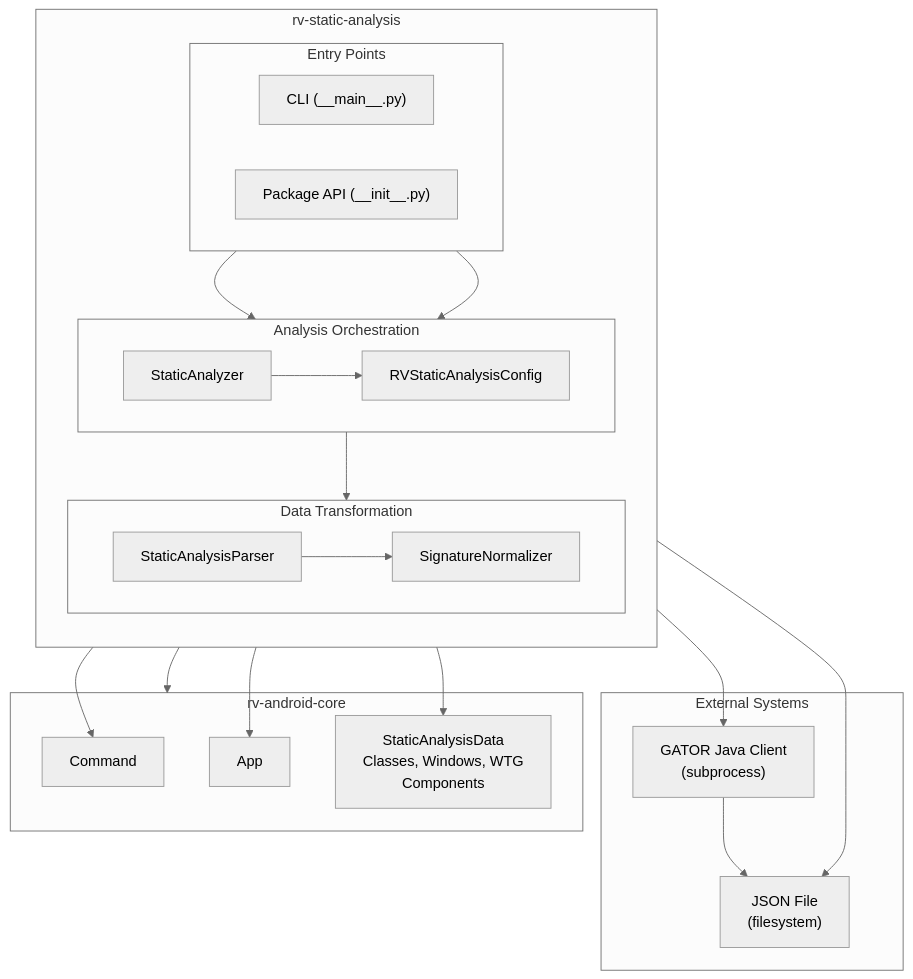
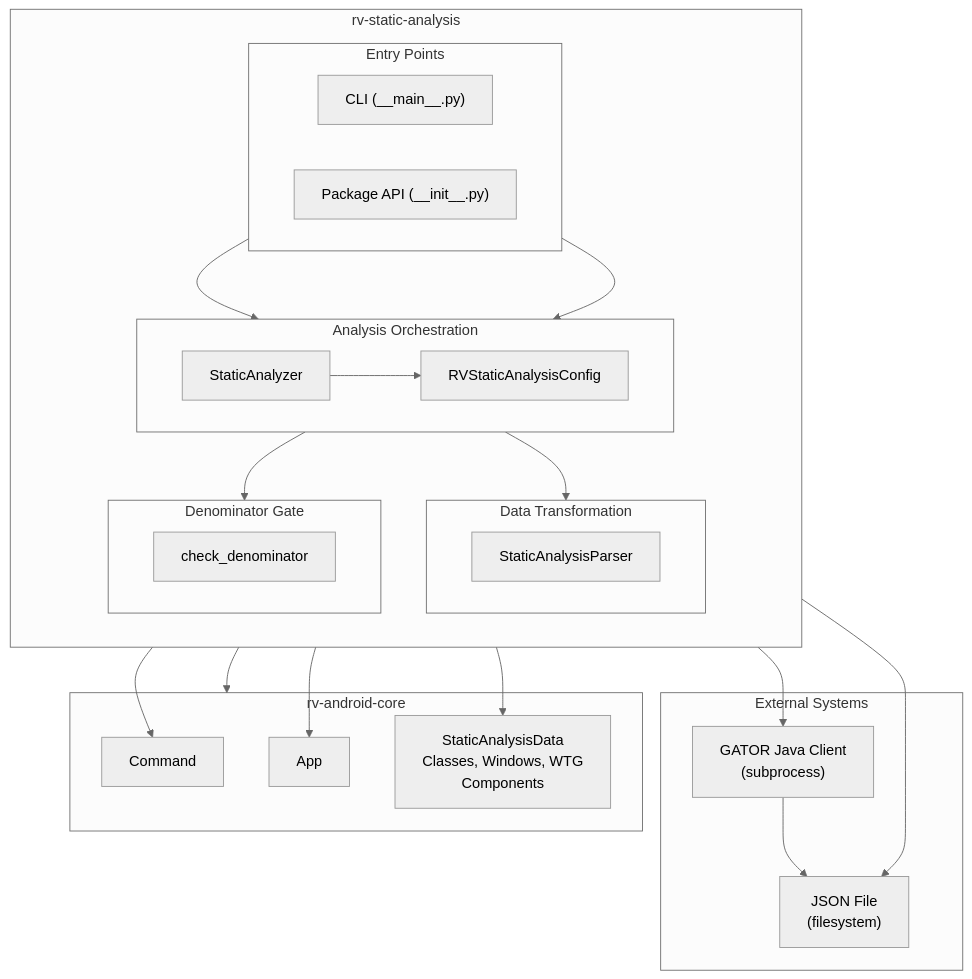
Before and after one commit to PAMunb/rvsec: the second of 5 diagrams in rv-android/modules/rv-static-analysis/docs/architecture.md, drawn with Mermaid. The commit also changed other lines of this file and 99 other files, not shown here.

````diff
--- a/rv-android/modules/rv-static-analysis/docs/architecture.md
+++ b/rv-android/modules/rv-static-analysis/docs/architecture.md
@@ -243,46 +281,49 @@
 ```mermaid
 %%{init: {'theme': 'neutral'}}%%
 flowchart TB
     subgraph Module["rv-static-analysis"]
         direction TB
         subgraph Orchestration["Analysis Orchestration"]
             direction LR
             SA["StaticAnalyzer"]
             CFG["RVStaticAnalysisConfig"]
         end
         subgraph Parsing["Data Transformation"]
             direction LR
             SAP["StaticAnalysisParser"]
-            SN["SignatureNormalizer"]
+        end
+        subgraph Gating["Denominator Gate"]
+            direction LR
+            GATE["check_denominator"]
         end
         subgraph EntryPoints["Entry Points"]
             direction LR
             CLI["CLI (__main__.py)"]
             PKG["Package API (__init__.py)"]
         end
     end
 
     subgraph External["External Systems"]
         GATOR["GATOR Java Client\n(subprocess)"]
         FS["JSON File\n(filesystem)"]
     end
 
     subgraph Core["rv-android-core"]
         CMD["Command"]
         APP["App"]
         DOM["StaticAnalysisData\nClasses, Windows, WTG\nComponents"]
     end
 
     CLI --> SA
     PKG --> SA
     SA --> CFG
     SA --> CMD
     SA --> GATOR
     GATOR --> FS
     SA --> SAP
+    SA --> GATE
     SAP --> FS
-    SAP --> SN
     SAP --> DOM
     SA --> APP
     CFG --> Core
 ```
````
